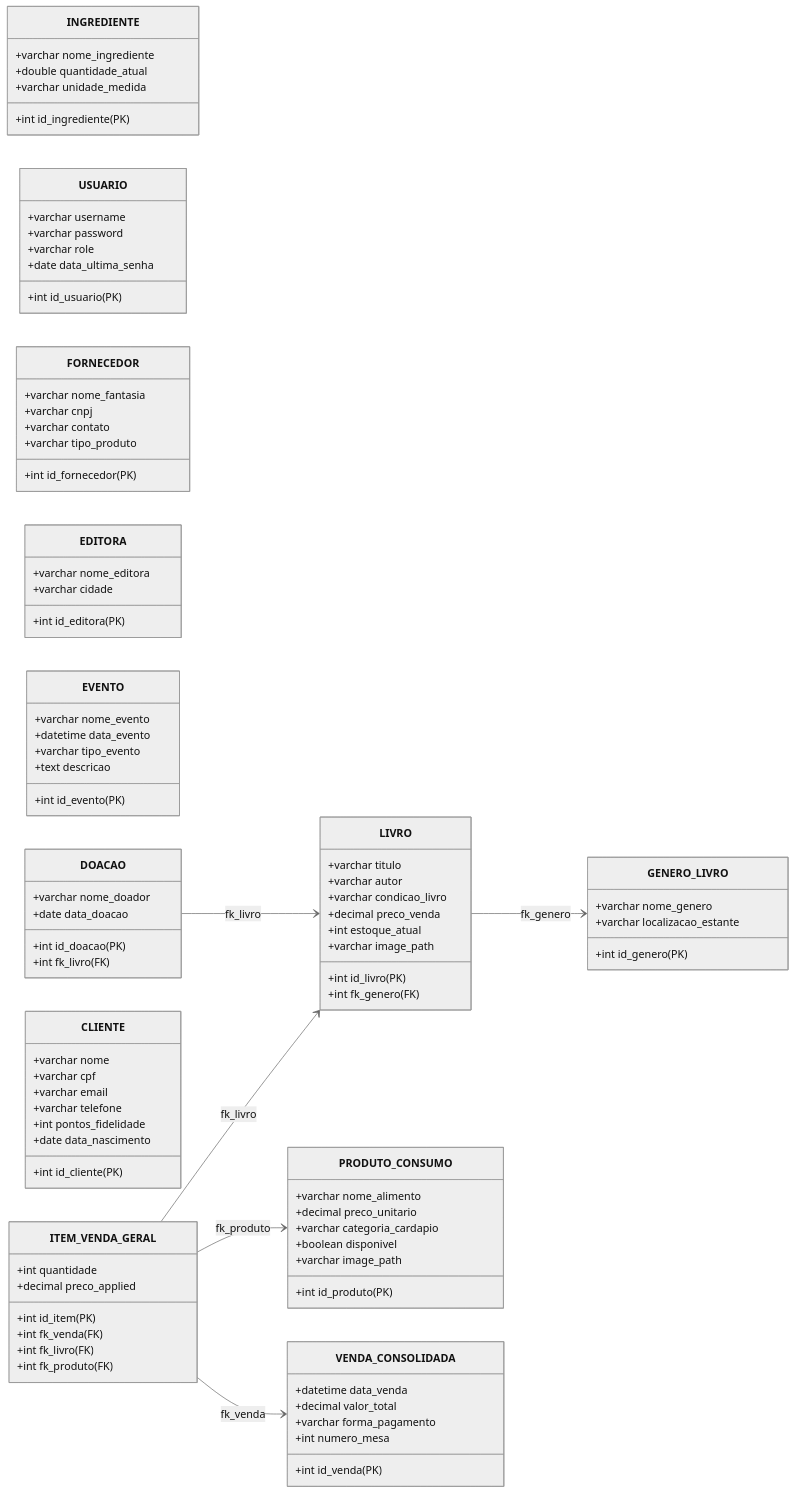
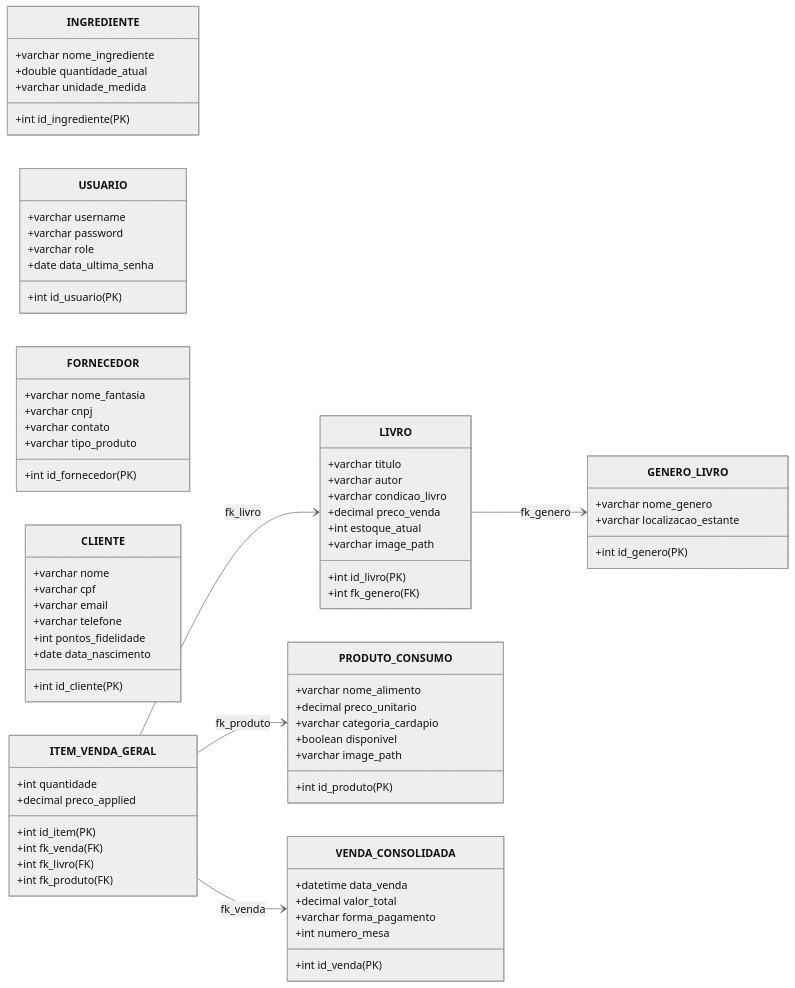
Before and after one commit to BarbaraVSilva/CoffeeANDBooks: the diagram in apresentacao_slides.md, drawn with Mermaid (neutral theme). The commit also changed other lines of this file and 3 other files, not shown here.

```diff
--- a/apresentacao_slides.md
+++ b/apresentacao_slides.md
@@ -174,27 +236,6 @@
         +varchar tipo_produto
     }
 
-    class EDITORA {
-        +int id_editora (PK)
-        +varchar nome_editora
-        +varchar cidade
-    }
-
-    class EVENTO {
-        +int id_evento (PK)
-        +varchar nome_evento
-        +datetime data_evento
-        +varchar tipo_evento
-        +text descricao
-    }
-
-    class DOACAO {
-        +int id_doacao (PK)
-        +varchar nome_doador
-        +date data_doacao
-        +int fk_livro (FK)
-    }
-
     class CLIENTE {
         +int id_cliente (PK)
         +varchar nome
@@ -223,7 +264,6 @@
     }
 
     LIVRO --> GENERO_LIVRO : fk_genero
-    DOACAO --> LIVRO : fk_livro
     ITEM_VENDA_GERAL --> VENDA_CONSOLIDADA : fk_venda
     ITEM_VENDA_GERAL --> LIVRO : fk_livro
     ITEM_VENDA_GERAL --> PRODUTO_CONSUMO : fk_produto
```
